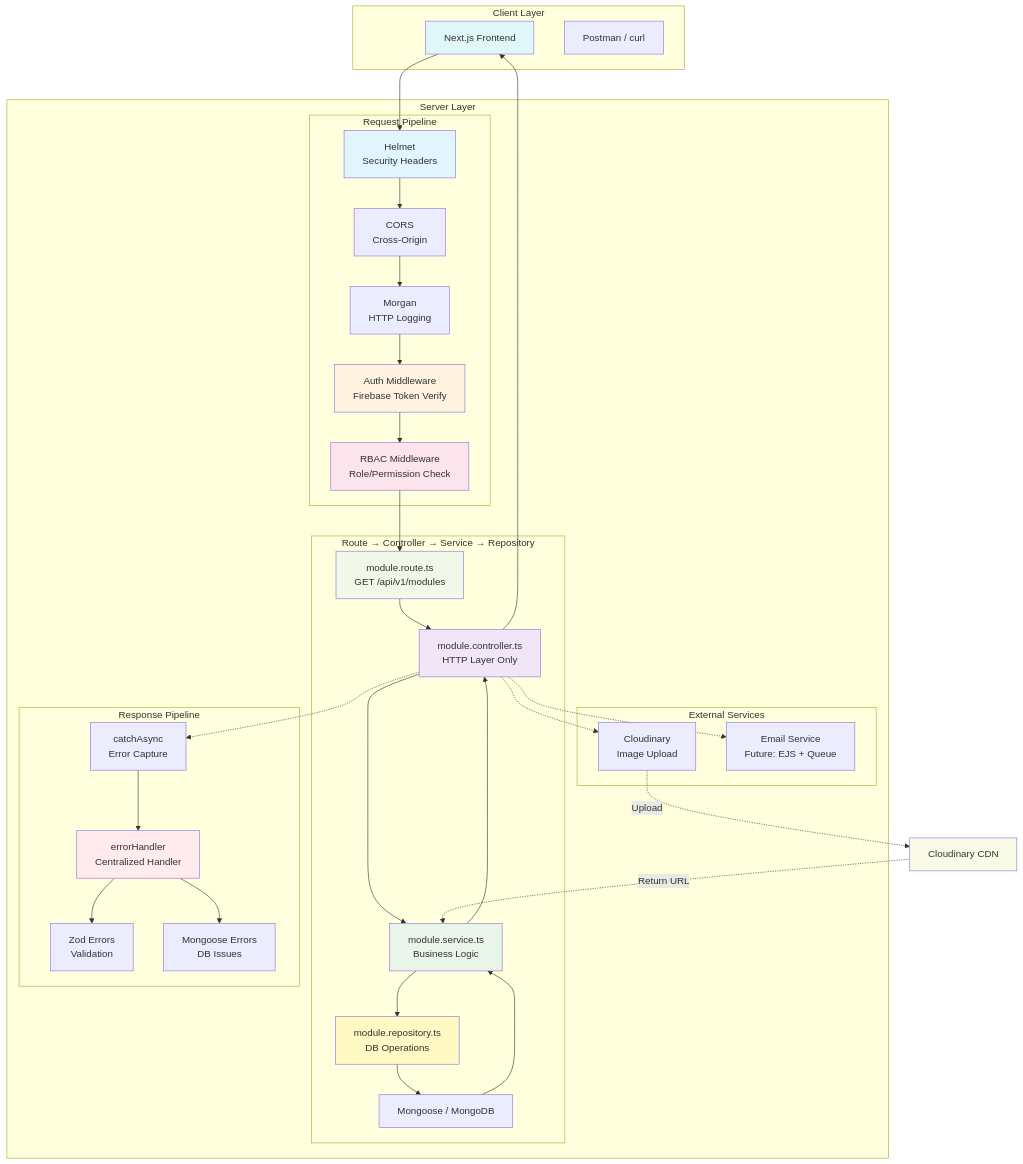
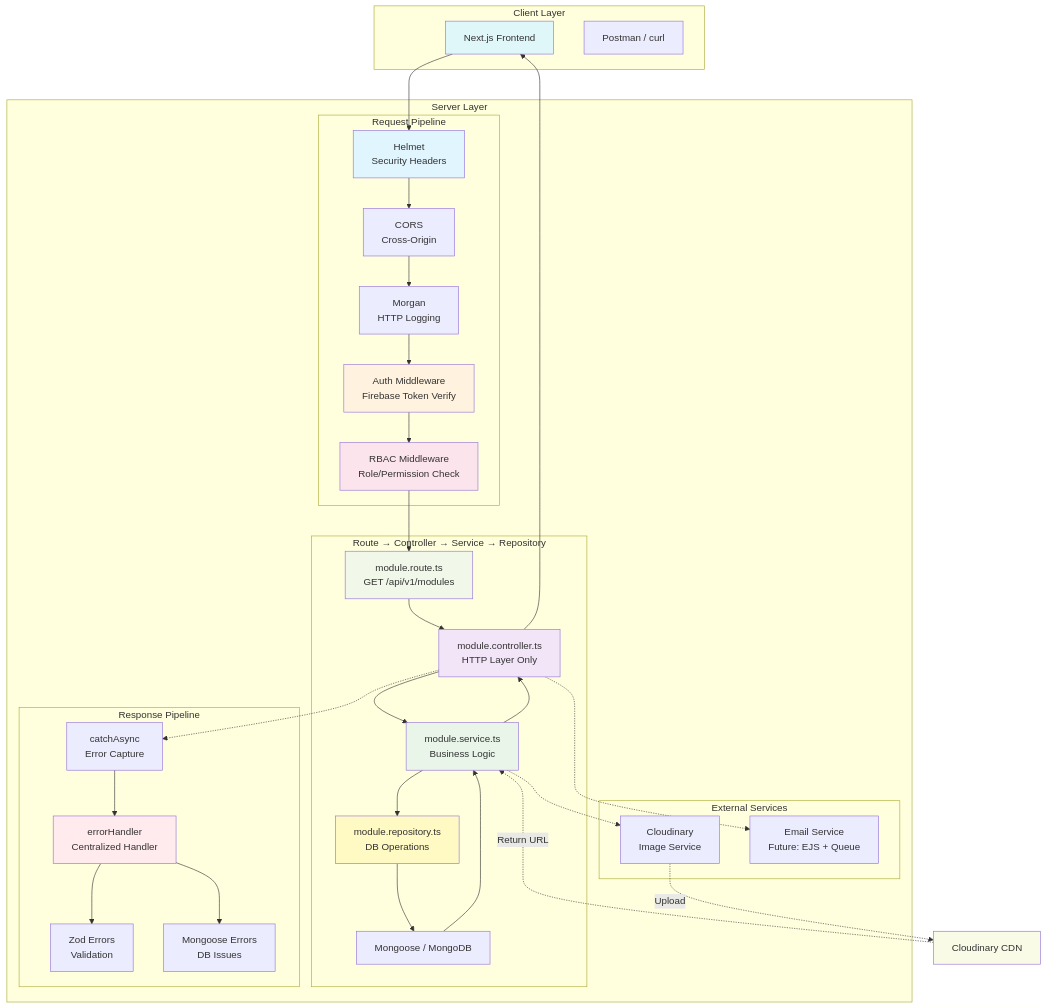
Before and after one commit to Sarwarhridoy4/StudyVault: the first of 16 diagrams in README.md, drawn with Mermaid. The commit also changed other lines of this file and 14 other files, not shown here.

````diff
--- a/README.md
+++ b/README.md
@@ -291,72 +299,72 @@
 ```mermaid
 graph TB
     subgraph "Client Layer"
         C1[Next.js Frontend]
         C2[Postman / curl]
     end
 
     subgraph "Server Layer"
         subgraph "Request Pipeline"
             R1[Helmet<br/>Security Headers]
             R2[CORS<br/>Cross-Origin]
             R3[Morgan<br/>HTTP Logging]
             R4[Auth Middleware<br/>Firebase Token Verify]
             R5[RBAC Middleware<br/>Role/Permission Check]
         end
 
          subgraph "Route → Controller → Service → Repository"
              H1[module.route.ts<br/>GET /api/v1/modules]
              H2[module.controller.ts<br/>HTTP Layer Only]
              H3[module.service.ts<br/>Business Logic]
              H4[module.repository.ts<br/>DB Operations]
              H5[Mongoose / MongoDB]
          end
 
         subgraph "Response Pipeline"
             E1[catchAsync<br/>Error Capture]
             E2[errorHandler<br/>Centralized Handler]
             E3[Zod Errors<br/>Validation]
             E4[Mongoose Errors<br/>DB Issues]
         end
 
         subgraph "External Services"
-            S1[Cloudinary<br/>Image Upload]
+            S1[Cloudinary<br/>Image Service]
             S2[Email Service<br/>Future: EJS + Queue]
         end
     end
 
     C1 --> R1
     R1 --> R2
     R2 --> R3
     R3 --> R4
     R4 --> R5
     R5 --> H1
     H1 --> H2
     H2 --> H3
     H3 --> H4
     H4 --> H5
     H2 -.-> E1
     E1 --> E2
     E2 --> E3
     E2 --> E4
-    H2 -.-> S1
+    H3 -.-> S1
     H2 -.-> S2
 
     H5 --> H3
     H3 --> H2
     H2 --> C1
 
     S1 -.->|Upload| Cloudinary[Cloudinary CDN]
     Cloudinary -.->|Return URL| H3
 
     style R1 fill:#e1f5fe
     style R4 fill:#fff3e0
     style R5 fill:#fce4ec
     style H1 fill:#f1f8e9
     style H2 fill:#f3e5f8
     style H3 fill:#e8f5e8
     style H4 fill:#fff9c4
     style E2 fill:#ffebee
     style C1 fill:#e0f7fa
     style Cloudinary fill:#f9fbe7
 ```
````
